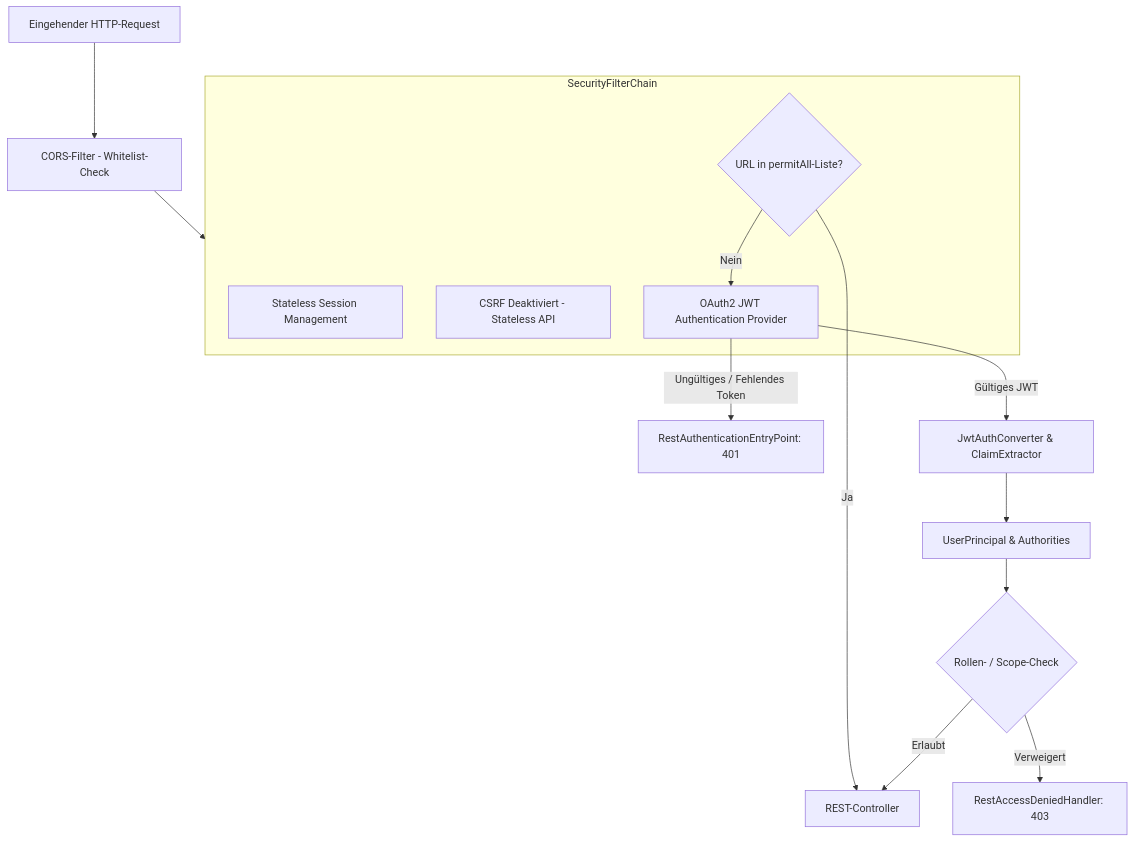
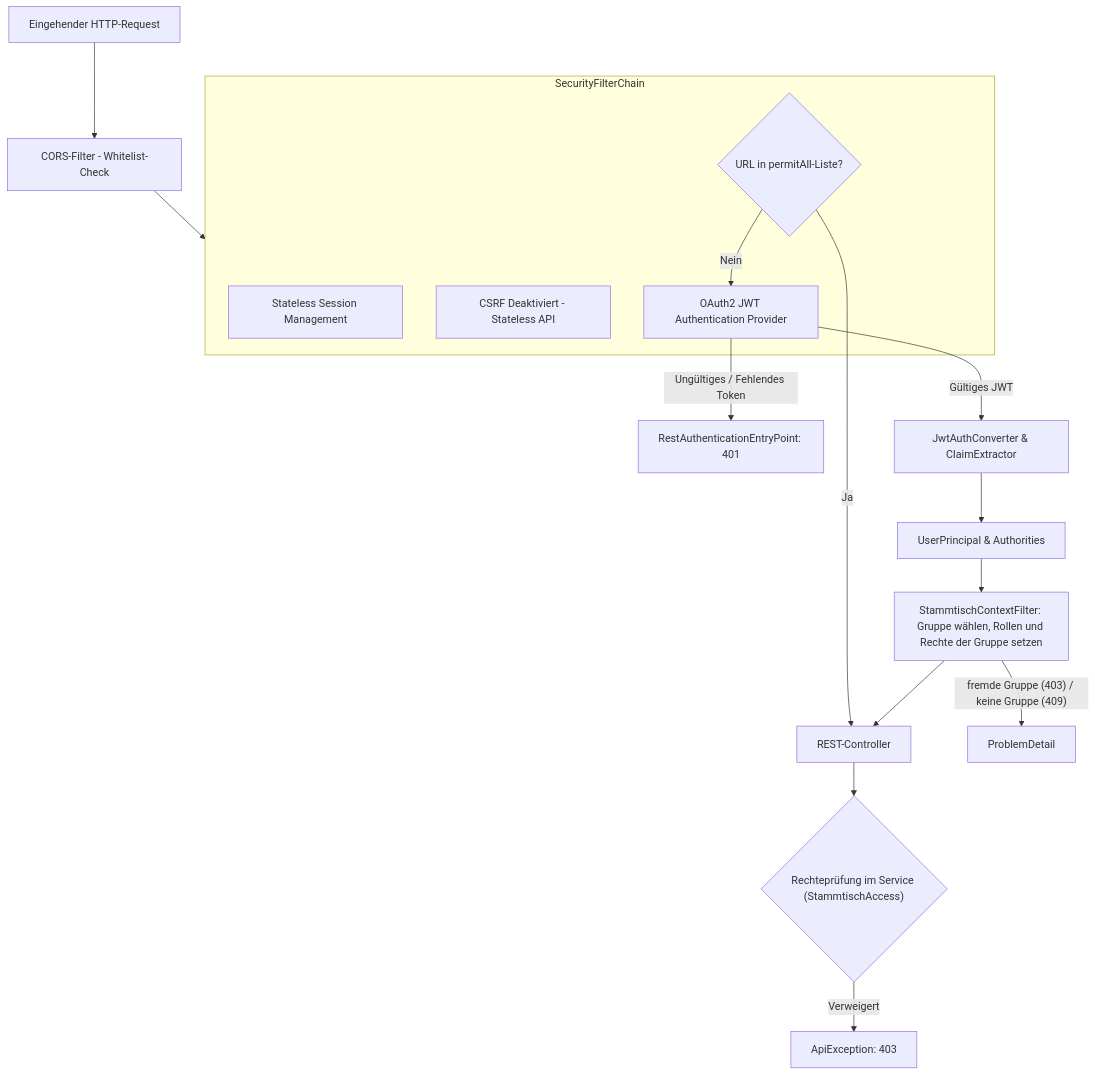
Before and after one commit to damaurer/vereint: the first of 2 diagrams in docs/baseservice/03-security-and-authorization.md, drawn with Mermaid. The commit also changed other lines of this file and 90 other files, not shown here.

````diff
--- a/docs/baseservice/03-security-and-authorization.md
+++ b/docs/baseservice/03-security-and-authorization.md
@@ -11,22 +11,24 @@
 ```mermaid
 graph TD
   Req[Eingehender HTTP-Request] --> CORS[CORS-Filter - Whitelist-Check]
   CORS --> SecChain[SecurityFilterChain]
 
   subgraph SecChain["SecurityFilterChain"]
     State[Stateless Session Management]
     NoCsrf[CSRF Deaktiviert - Stateless API]
     Permit{"URL in permitAll-Liste?"}
     JwtVal[OAuth2 JWT Authentication Provider]
   end
 
   Permit -- Ja --> Controller[REST-Controller]
   Permit -- Nein --> JwtVal
 
   JwtVal -- Ungültiges / Fehlendes Token --> AuthEntryPoint[RestAuthenticationEntryPoint: 401]
   JwtVal -- Gültiges JWT --> Converter[JwtAuthConverter & ClaimExtractor]
   Converter --> BuildPrincipal[UserPrincipal & Authorities]
-  BuildPrincipal --> MethodSec{"Rollen- / Scope-Check"}
-  MethodSec -- Verweigert --> DeniedHandler[RestAccessDeniedHandler: 403]
-  MethodSec -- Erlaubt --> Controller
+  BuildPrincipal --> Tenant["StammtischContextFilter: Gruppe wählen, Rollen und Rechte der Gruppe setzen"]
+  Tenant -- "fremde Gruppe (403) / keine Gruppe (409)" --> Problem[ProblemDetail]
+  Tenant --> Controller
+  Controller --> ServiceCheck{"Rechteprüfung im Service (StammtischAccess)"}
+  ServiceCheck -- Verweigert --> Denied[ApiException: 403]
 ```
````
